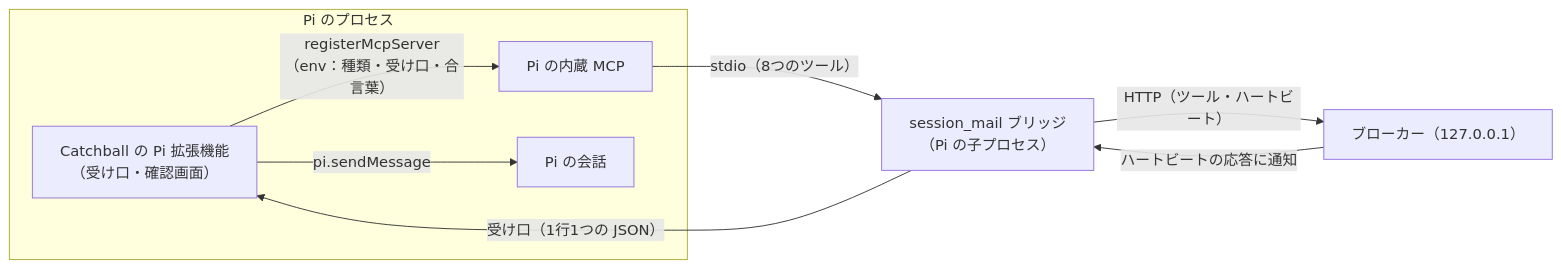
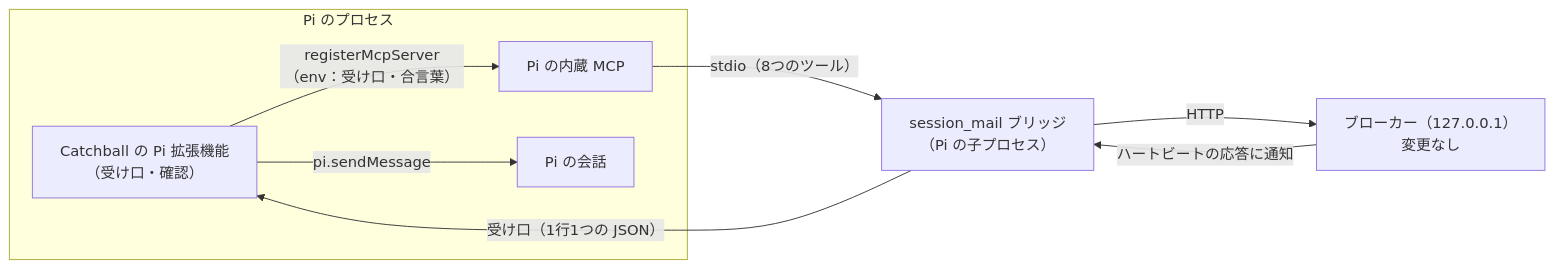
Before and after one commit to Ramo-Inc/Catchball: the diagram in docs/design/pi-integration-design.md, drawn with Mermaid. The commit also changed other lines of this file and 2 other files, not shown here.

````diff
--- a/docs/design/pi-integration-design.md
+++ b/docs/design/pi-integration-design.md
@@ -106,16 +93,16 @@
 ```mermaid
 flowchart LR
   subgraph PI["Pi のプロセス"]
-    EX["Catchball の Pi 拡張機能<br/>（受け口・確認画面）"]
+    EX["Catchball の Pi 拡張機能<br/>（受け口・確認）"]
     MCP["Pi の内蔵 MCP"]
     S["Pi の会話"]
   end
   BG["session_mail ブリッジ<br/>（Pi の子プロセス）"]
-  BR["ブローカー（127.0.0.1）"]
-  EX -- "registerMcpServer（env：種類・受け口・合言葉）" --> MCP
+  BR["ブローカー（127.0.0.1）<br/>変更なし"]
+  EX -- "registerMcpServer（env：受け口・合言葉）" --> MCP
   MCP -- "stdio（8つのツール）" --> BG
-  BG -- "HTTP（ツール・ハートビート）" --> BR
+  BG -- "HTTP" --> BR
   BR -- "ハートビートの応答に通知" --> BG
   BG -- "受け口（1行1つの JSON）" --> EX
   EX -- "pi.sendMessage" --> S
 ```
````
